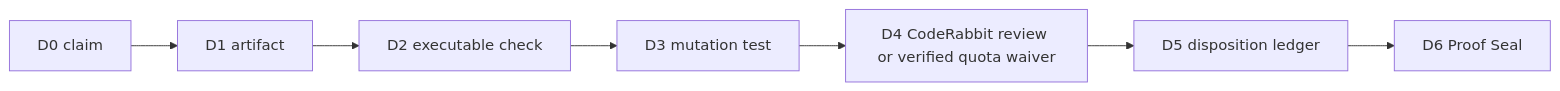
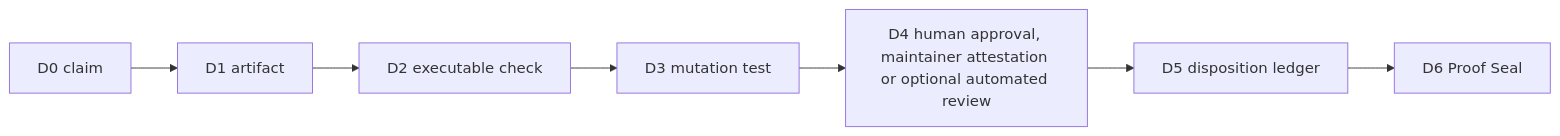
Before and after one commit to safal207/robys-coffee-house-demo: the diagram in docs/proof-depth-graph.md, drawn with Mermaid. The commit also changed other lines of this file, not shown here.

````diff
--- a/docs/proof-depth-graph.md
+++ b/docs/proof-depth-graph.md
@@ -21,9 +21,9 @@
 ```mermaid
 flowchart LR
   C["D0 claim"] --> A["D1 artifact"]
   A --> V["D2 executable check"]
   V --> M["D3 mutation test"]
-  M --> R["D4 CodeRabbit review or verified quota waiver"]
+  M --> R["D4 human approval, maintainer attestation or optional automated review"]
   R --> L["D5 disposition ledger"]
   L --> S["D6 Proof Seal"]
 ```
````
